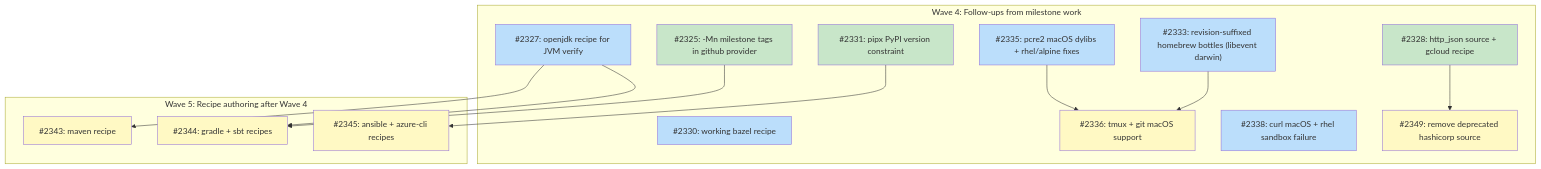
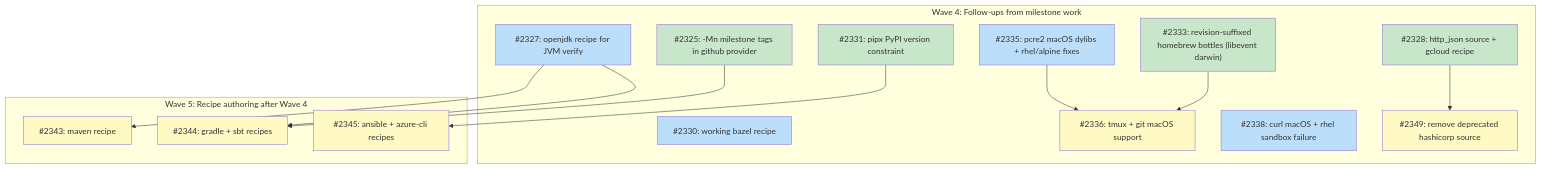
The diagram in docs/plans/PLAN-curated-recipes.md (tsukumogami/tsuku), drawn with Mermaid before and after one commit. The commit also changed other lines of this file, not shown here.

Commit message:
docs(plan): mark #2333 (revision-suffixed homebrew bottles) as done

````diff
--- a/docs/plans/PLAN-curated-recipes.md
+++ b/docs/plans/PLAN-curated-recipes.md
@@ -140,44 +140,44 @@
 ```mermaid
 graph TD
     subgraph wave4 ["Wave 4: Follow-ups from milestone work"]
         I2325["#2325: -Mn milestone tags in github provider"]
         I2327["#2327: openjdk recipe for JVM verify"]
         I2328["#2328: http_json source + gcloud recipe"]
         I2330["#2330: working bazel recipe"]
         I2331["#2331: pipx PyPI version constraint"]
         I2333["#2333: revision-suffixed homebrew bottles (libevent darwin)"]
         I2335["#2335: pcre2 macOS dylibs + rhel/alpine fixes"]
         I2336["#2336: tmux + git macOS support"]
         I2338["#2338: curl macOS + rhel sandbox failure"]
         I2349["#2349: remove deprecated hashicorp source"]
     end
 
     subgraph wave5 ["Wave 5: Recipe authoring after Wave 4"]
         I2343["#2343: maven recipe"]
         I2344["#2344: gradle + sbt recipes"]
         I2345["#2345: ansible + azure-cli recipes"]
     end
 
     I2333 --> I2336
     I2335 --> I2336
 
     I2327 --> I2343
     I2325 --> I2344
     I2327 --> I2344
     I2331 --> I2345
     I2328 --> I2349
 
     classDef done fill:#c8e6c9
     classDef ready fill:#bbdefb
     classDef blocked fill:#fff9c4
     classDef needsDesign fill:#e1bee7
     classDef needsPrd fill:#b3e5fc
     classDef needsSpike fill:#ffcdd2
     classDef needsDecision fill:#d1c4e9
     classDef tracksDesign fill:#FFE0B2,stroke:#F57C00,color:#000
     classDef tracksPlan fill:#FFE0B2,stroke:#F57C00,color:#000
 
-    class I2325,I2328,I2331 done
-    class I2327,I2330,I2333,I2335,I2338 ready
+    class I2325,I2328,I2331,I2333 done
+    class I2327,I2330,I2335,I2338 ready
     class I2336,I2343,I2344,I2345,I2349 blocked
 ```
````
